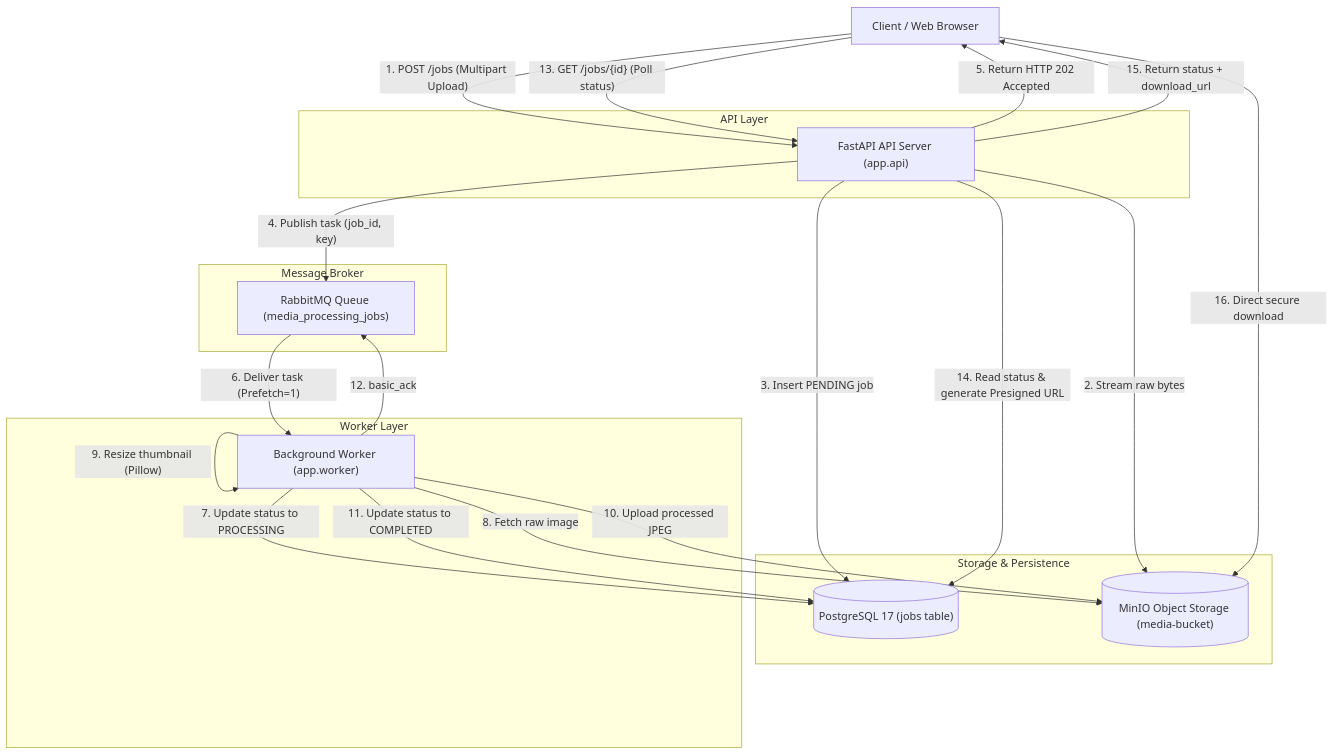
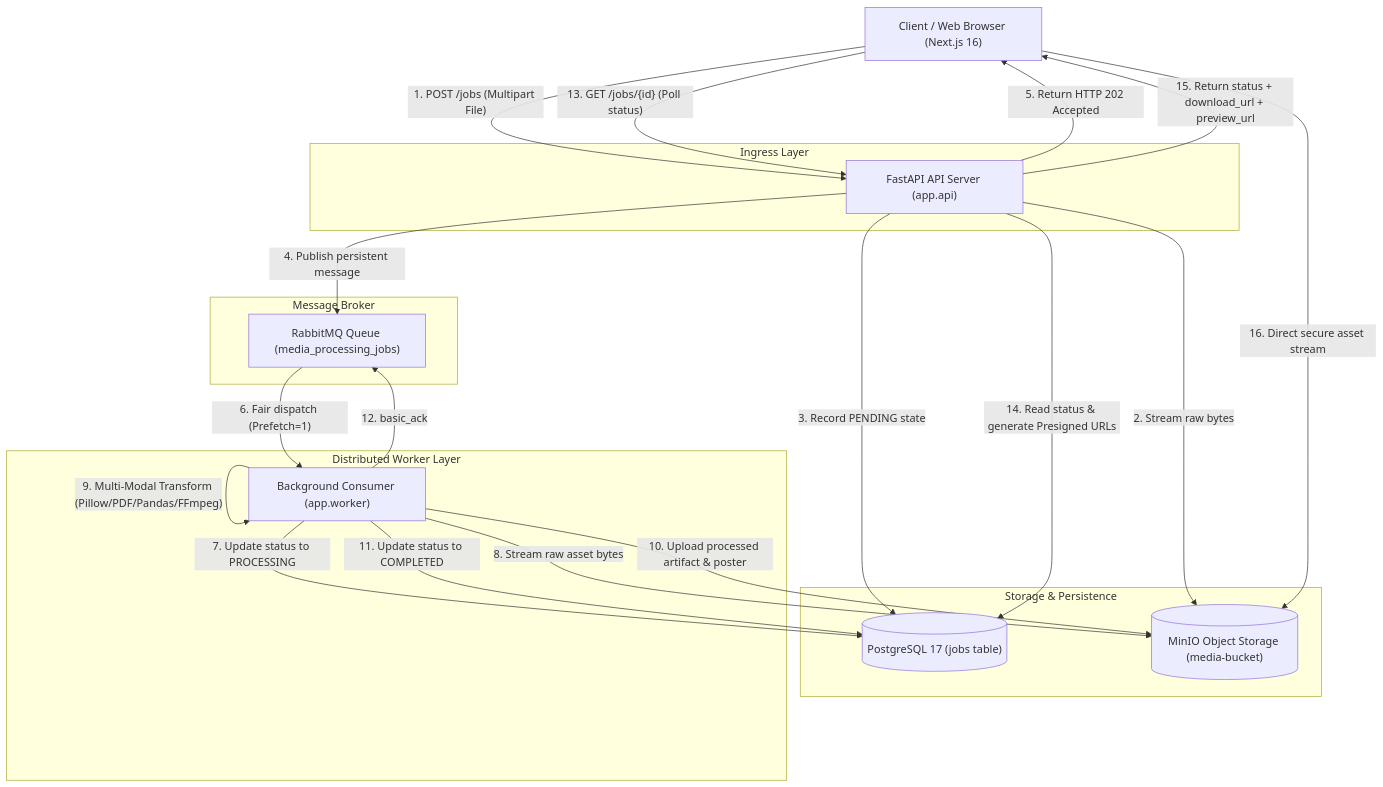
The diagram in README.md (saimonemon46/Distributed_Media_Processing), drawn with Mermaid before and after one commit. The commit also changed other lines of this file and 64 other files, not shown here.

````diff
--- a/README.md
+++ b/README.md
@@ -27,40 +42,40 @@
 ```mermaid
 flowchart TD
-    Client["Client / Web Browser"]
+    Client["Client / Web Browser (Next.js 16)"]
 
-    subgraph API_Layer ["API Layer"]
+    subgraph API_Layer ["Ingress Layer"]
         API["FastAPI API Server (app.api)"]
     end
 
-    subgraph Messaging ["Message Broker"]
+    subgraph Broker ["Message Broker"]
         RMQ["RabbitMQ Queue (media_processing_jobs)"]
     end
 
     subgraph Storage ["Storage & Persistence"]
         DB[("PostgreSQL 17 (jobs table)")]
         MinIO[("MinIO Object Storage (media-bucket)")]
     end
 
-    subgraph Worker_Layer ["Worker Layer"]
-        Worker["Background Worker (app.worker)"]
+    subgraph Worker_Layer ["Distributed Worker Layer"]
+        Worker["Background Consumer (app.worker)"]
     end
 
-    Client -->|"1. POST /jobs (Multipart Upload)"| API
+    Client -->|"1. POST /jobs (Multipart File)"| API
     API -->|"2. Stream raw bytes"| MinIO
-    API -->|"3. Insert PENDING job"| DB
-    API -->|"4. Publish task (job_id, key)"| RMQ
+    API -->|"3. Record PENDING state"| DB
+    API -->|"4. Publish persistent message"| RMQ
     API -->|"5. Return HTTP 202 Accepted"| Client
 
-    RMQ -->|"6. Deliver task (Prefetch=1)"| Worker
+    RMQ -->|"6. Fair dispatch (Prefetch=1)"| Worker
     Worker -->|"7. Update status to PROCESSING"| DB
-    Worker -->|"8. Fetch raw image"| MinIO
-    Worker -->|"9. Resize thumbnail (Pillow)"| Worker
-    Worker -->|"10. Upload processed JPEG"| MinIO
+    Worker -->|"8. Stream raw asset bytes"| MinIO
+    Worker -->|"9. Multi-Modal Transform (Pillow/PDF/Pandas/FFmpeg)"| Worker
+    Worker -->|"10. Upload processed artifact & poster"| MinIO
     Worker -->|"11. Update status to COMPLETED"| DB
     Worker -->|"12. basic_ack"| RMQ
 
     Client -->|"13. GET /jobs/{id} (Poll status)"| API
-    API -->|"14. Read status & generate Presigned URL"| DB
-    API -->|"15. Return status + download_url"| Client
-    Client -->|"16. Direct secure download"| MinIO
+    API -->|"14. Read status & generate Presigned URLs"| DB
+    API -->|"15. Return status + download_url + preview_url"| Client
+    Client -->|"16. Direct secure asset stream"| MinIO
 ```
````
